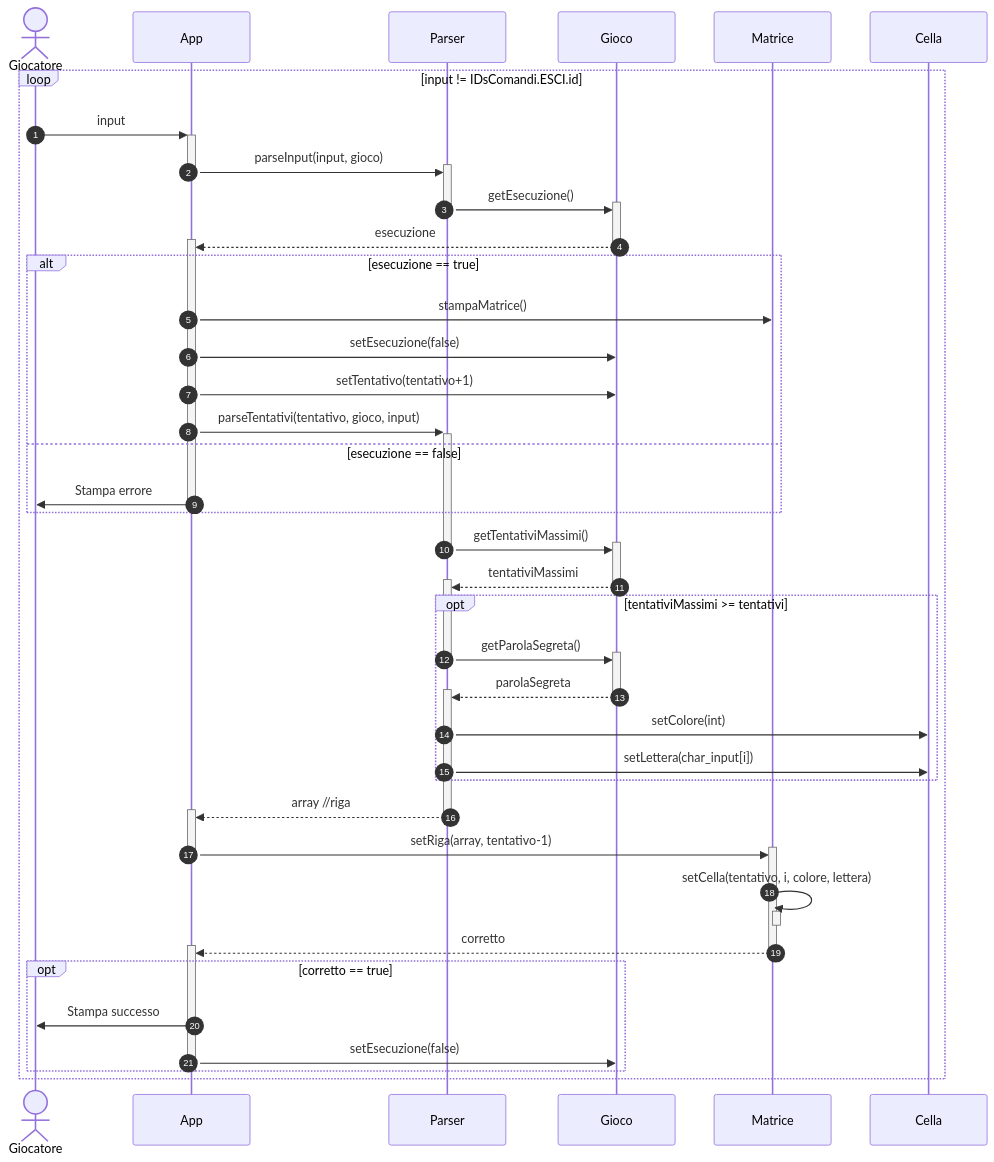
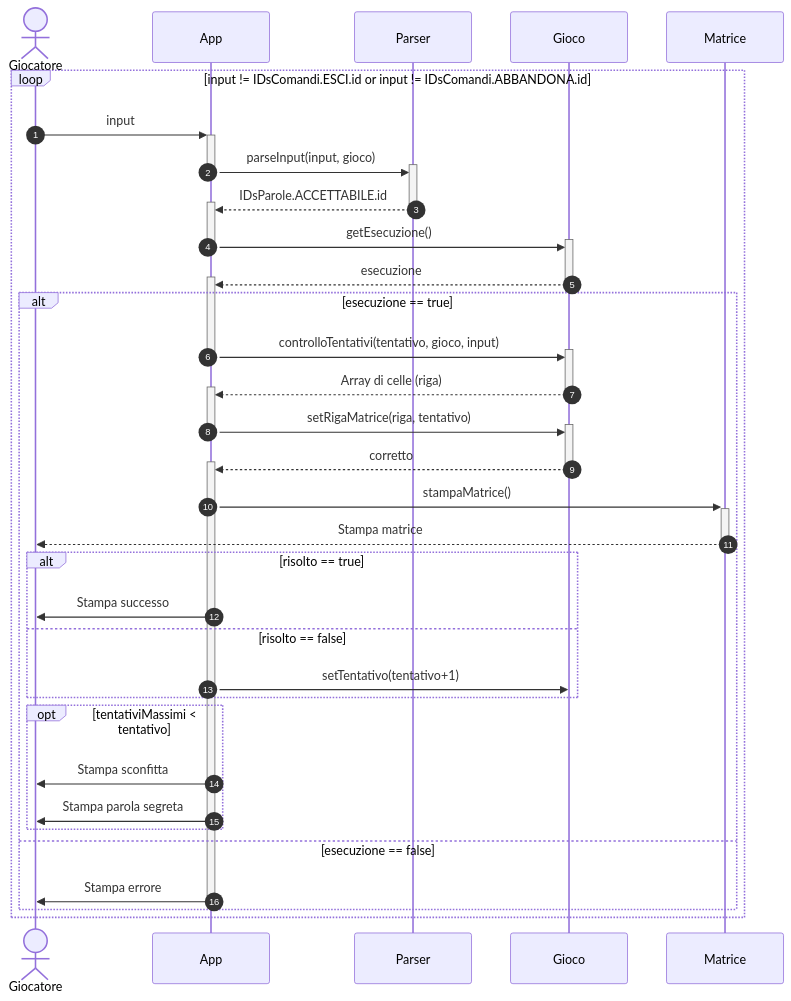
The sixth of 8 diagrams in docs/Report.md (softeng2122-inf-uniba/progetto2122-pearl), drawn with Mermaid before and after one commit. The commit also changed other lines of this file, not shown here.

````diff
--- a/docs/Report.md
+++ b/docs/Report.md
@@ -277,54 +300,46 @@
 ```mermaid
     sequenceDiagram
     autonumber
     actor Giocatore
     participant App
     participant Parser
     participant Gioco
     participant Matrice
-    participant Cella
 
-    loop input != IDsComandi.ESCI.id
+    loop input != IDsComandi.ESCI.id or input != IDsComandi.ABBANDONA.id
         Giocatore->>+App: input
         App->>+Parser: parseInput(input, gioco)
         deactivate App
-        Parser->>+Gioco: getEsecuzione()
+        Parser -->>+App: IDsParole.ACCETTABILE.id
         deactivate Parser
+        App->>+Gioco: getEsecuzione()
+        deactivate App
         Gioco-->>+App: esecuzione
         deactivate Gioco
         alt esecuzione == true
-            App->>Matrice: stampaMatrice()
-            App ->>Gioco: setEsecuzione(false)
-            App->>Gioco: setTentativo(tentativo+1)
-            App->>+Parser: parseTentativi(tentativo, gioco, input)
+            App->>+Gioco: controlloTentativi(tentativo, gioco, input)
+            deactivate App
+            Gioco-->>+App: Array di celle (riga)
+            deactivate Gioco
+            App->>+Gioco: setRigaMatrice(riga, tentativo)
+            deactivate App
+            Gioco-->>+App: corretto
+            deactivate Gioco
+            App->>+Matrice: stampaMatrice()
+            Matrice-->>Giocatore: Stampa matrice
+            deactivate Matrice
+            alt risolto == true
+                App->>Giocatore: Stampa successo
+            else risolto == false
+                App->>Gioco: setTentativo(tentativo+1)
+            end
+            opt tentativiMassimi < tentativo
+                App->>Giocatore: Stampa sconfitta
+                App->>Giocatore: Stampa parola segreta
+            end
         else esecuzione == false
             App->>Giocatore: Stampa errore
             deactivate App
         end
-        Parser->>+Gioco: getTentativiMassimi()
-        deactivate Parser
-        Gioco-->>+Parser: tentativiMassimi
-        deactivate Gioco
-        opt tentativiMassimi >= tentativi
-            Parser->>+Gioco: getParolaSegreta()
-            deactivate Parser
-            Gioco-->>+Parser: parolaSegreta
-            deactivate Gioco
-            Parser->>Cella: setColore(int)
-            Parser->>Cella: setLettera(char_input[i])
-        end
-        Parser-->>+App: array //riga
-        deactivate Parser
-        App->>+Matrice: setRiga(array, tentativo-1)
-        deactivate App
-        Matrice->>+Matrice: setCella(tentativo, i, colore, lettera)
-        deactivate Matrice
-        Matrice-->>+App: corretto
-        deactivate Matrice
-        opt corretto == true
-            App->>Giocatore: Stampa successo
-            App->>Gioco: setEsecuzione(false)
-        end
-        deactivate App
     end
 ```
````
